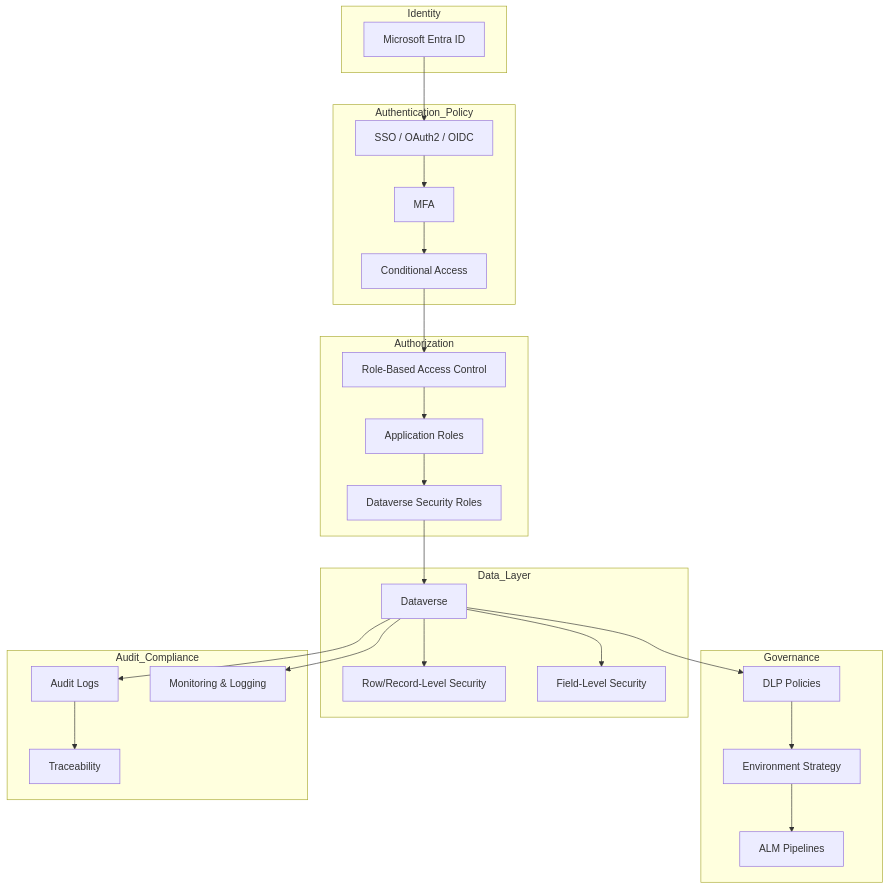
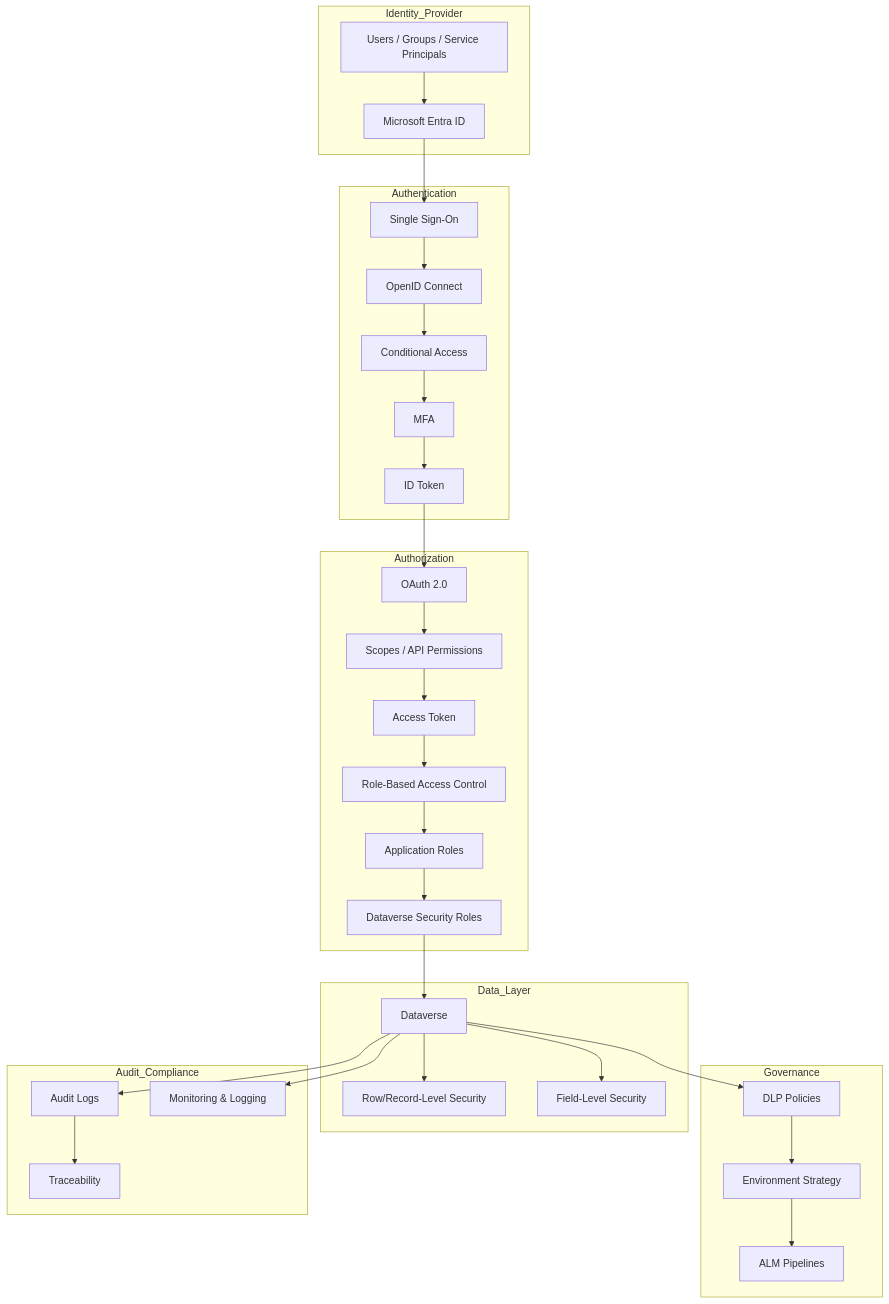
One commit to rzamperlini/rzamperlini changed the diagram in src/data-security.md. Above: the diagram before and after it, drawn with Mermaid.

Commit message:
Revise data security architecture documentation
Updated the data security architecture documentation with new sections on identity provider and authentication processes.

````diff
--- a/src/data-security.md
+++ b/src/data-security.md
@@ -23,64 +23,75 @@
 ```mermaid
 flowchart TD
 
-    subgraph Identity
+    subgraph Identity_Provider
         ENTRA[Microsoft Entra ID]
+        USERS[Users / Groups / Service Principals]
     end
 
-    subgraph Authentication_Policy
-        AUTH[SSO / OAuth2 / OIDC]
+    subgraph Authentication
+        SSO[Single Sign-On]
+        OIDC[OpenID Connect]
         MFA[MFA]
         CA[Conditional Access]
+        IDTOKEN[ID Token]
     end
 
     subgraph Authorization
+        OAUTH[OAuth 2.0]
+        SCOPES[Scopes / API Permissions]
+        ACCESSTOKEN[Access Token]
         RBAC[Role-Based Access Control]
         APPROLE[Application Roles]
         DVROLE[Dataverse Security Roles]
     end
 
     subgraph Data_Layer
         DV[Dataverse]
         RLS[Row/Record-Level Security]
         FLS[Field-Level Security]
     end
 
     subgraph Governance
         DLP[DLP Policies]
         ENV[Environment Strategy]
         ALM[ALM Pipelines]
     end
 
     subgraph Audit_Compliance
         AUDIT[Audit Logs]
         TRACE[Traceability]
         MON[Monitoring & Logging]
     end
 
-    %% Identity → Authentication
-    ENTRA --> AUTH
-    AUTH --> MFA
-    MFA --> CA
+    USERS --> ENTRA
 
-    %% Authentication → Authorization
-    CA --> RBAC
+    %% Authentication
+    ENTRA --> SSO
+    SSO --> OIDC
+    OIDC --> CA
+    CA --> MFA
+    MFA --> IDTOKEN
 
-    %% Authorization → Application
+    %% Authorization
+    IDTOKEN --> OAUTH
+    OAUTH --> SCOPES
+    SCOPES --> ACCESSTOKEN
+    ACCESSTOKEN --> RBAC
     RBAC --> APPROLE
     APPROLE --> DVROLE
 
-    %% Authorization → Data
+    %% Data access
     DVROLE --> DV
     DV --> RLS
     DV --> FLS
 
-    %% Data → Audit
+    %% Audit
     DV --> AUDIT
     AUDIT --> TRACE
     DV --> MON
 
-    %% Data → Governance
+    %% Governance
     DV --> DLP
     DLP --> ENV
     ENV --> ALM
 ```
````
